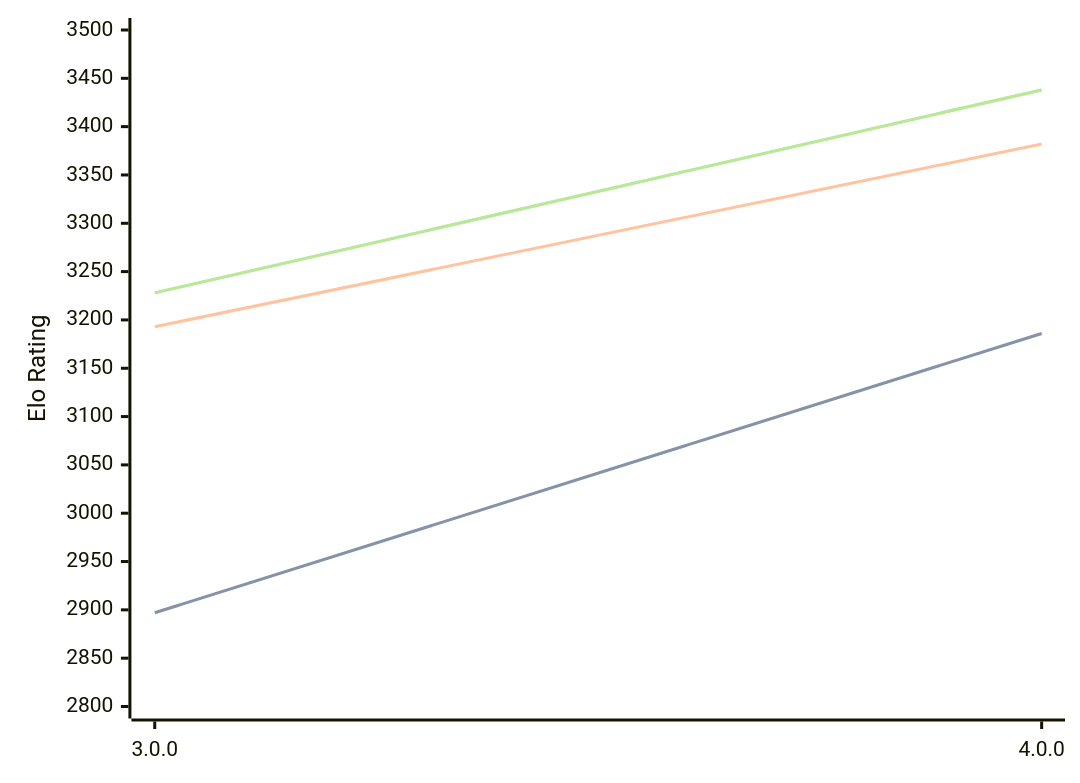
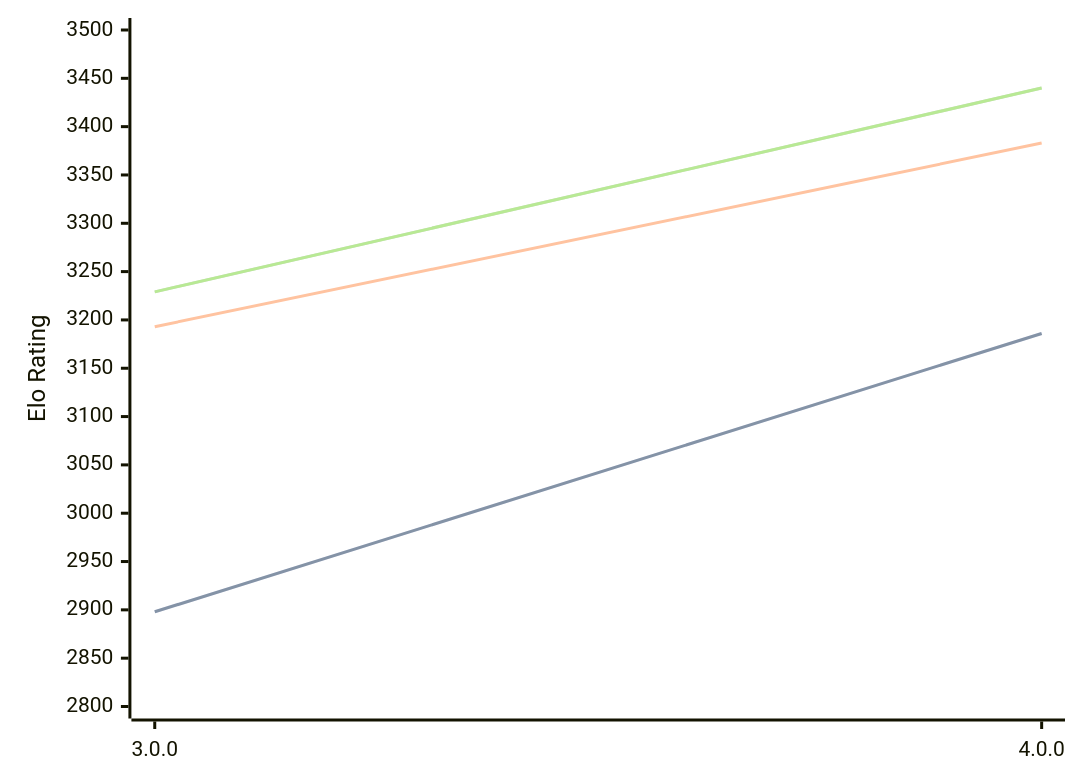
The diagram in engines/Avalanche.md (computer-chess-index/cci), drawn with Mermaid before and after one commit. The commit also changed other lines of this file, not shown here.

Commit message:
Update CCI Ratings (ELO VLTC) - 2026-09-07

````diff
--- a/engines/Avalanche.md
+++ b/engines/Avalanche.md
@@ -32,11 +32,11 @@
 ```mermaid
 %%{init: {"theme":"base","themeVariables":{"seriesColors:['#a3a3a3','#222221','#faa371']}}}%%
 xychart-beta
   x-axis ["3.0.0", "4.0.0"]
   y-axis "Elo Rating" 2800 --> 3500
-  line "" [2897, 3186]
-  line "STC (8.0+0.08s)" [2897, 3186]
-  line "LTC (60.0+0.60s)" [3193, 3382]
-  line "" [3228, 3438]
-  line "VLTC (2m24s+1.12s)" [3228, 3438]
+  line "" [2898, 3186]
+  line "STC (8.0+0.08s)" [2898, 3186]
+  line "LTC (60.0+0.60s)" [3193, 3383]
+  line "" [3229, 3440]
+  line "VLTC (2m24s+1.12s)" [3229, 3440]
 ```
````
